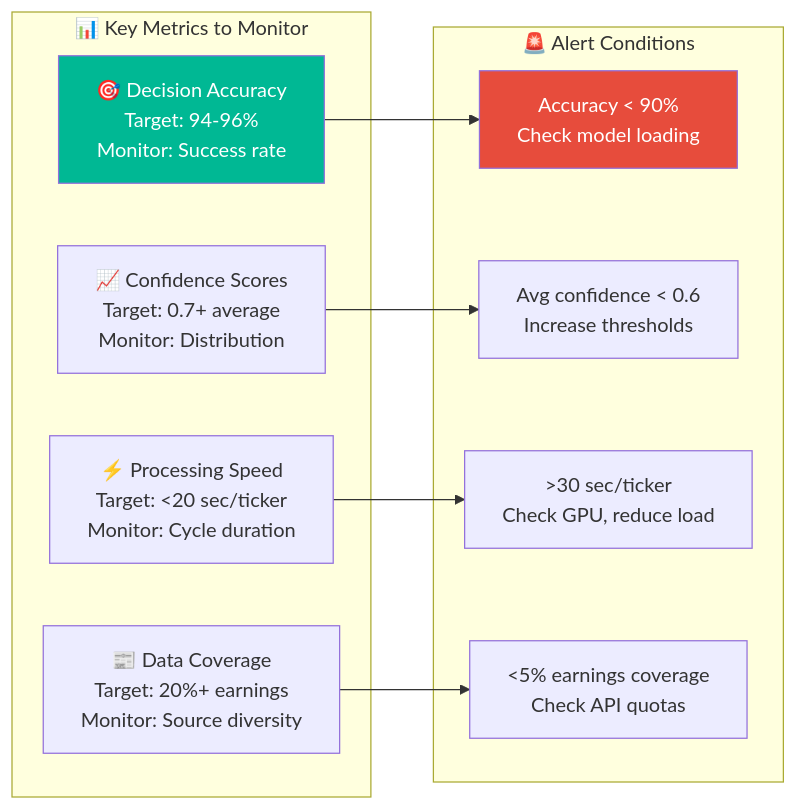
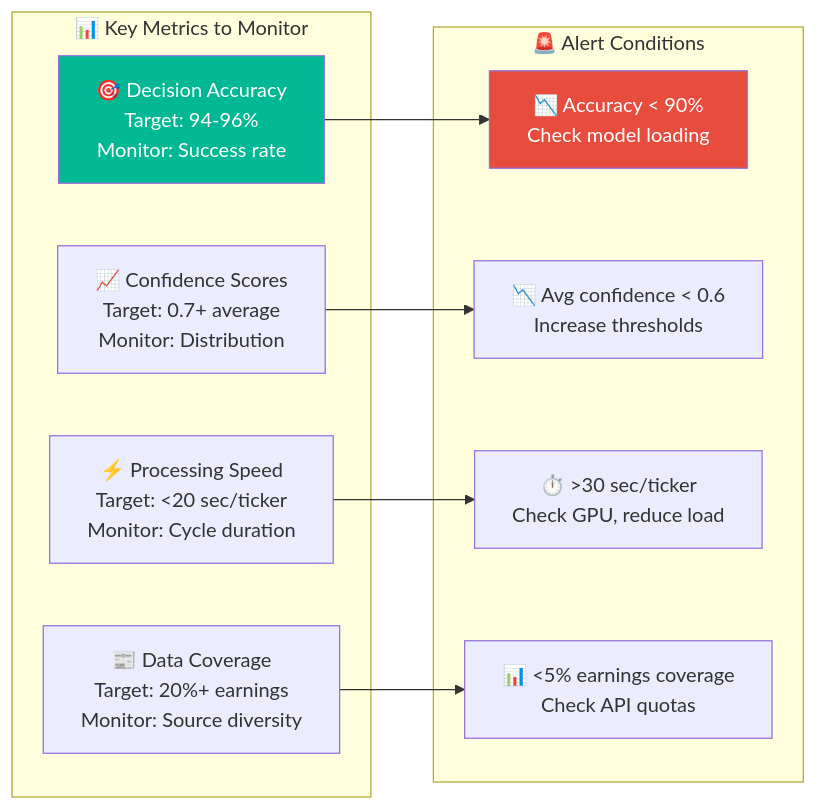
The tenth of 11 diagrams in news_cruncher/README.md (jaygasi/news_analyzer), drawn with Mermaid before and after one commit. The commit also changed other lines of this file and 6 other files, not shown here.

````diff
--- a/news_cruncher/README.md
+++ b/news_cruncher/README.md
@@ -781,30 +732,30 @@
 ```mermaid
 graph LR
     subgraph "📊 Key Metrics to Monitor"
         Accuracy[🎯 Decision Accuracy<br/>Target: 94-96%<br/>Monitor: Success rate]
         
         Confidence[📈 Confidence Scores<br/>Target: 0.7+ average<br/>Monitor: Distribution]
         
         Speed[⚡ Processing Speed<br/>Target: <20 sec/ticker<br/>Monitor: Cycle duration]
         
         Coverage[📰 Data Coverage<br/>Target: 20%+ earnings<br/>Monitor: Source diversity]
     end
     
     subgraph "🚨 Alert Conditions"
-        LowAccuracy[Accuracy < 90%<br/>Check model loading]
+        LowAccuracy[📉 Accuracy < 90%<br/>Check model loading]
         
-        LowConfidence[Avg confidence < 0.6<br/>Increase thresholds]
+        LowConfidence[📉 Avg confidence < 0.6<br/>Increase thresholds]
         
-        SlowProcessing[>30 sec/ticker<br/>Check GPU, reduce load]
+        SlowProcessing[⏱️ >30 sec/ticker<br/>Check GPU, reduce load]
         
-        NoEarnings[<5% earnings coverage<br/>Check API quotas]
+        NoEarnings[📊 <5% earnings coverage<br/>Check API quotas]
     end
     
     Accuracy --> LowAccuracy
     Confidence --> LowConfidence  
     Speed --> SlowProcessing
     Coverage --> NoEarnings
     
     style Accuracy fill:#00b894,color:#fff
     style LowAccuracy fill:#e74c3c,color:#fff
 ```
````
